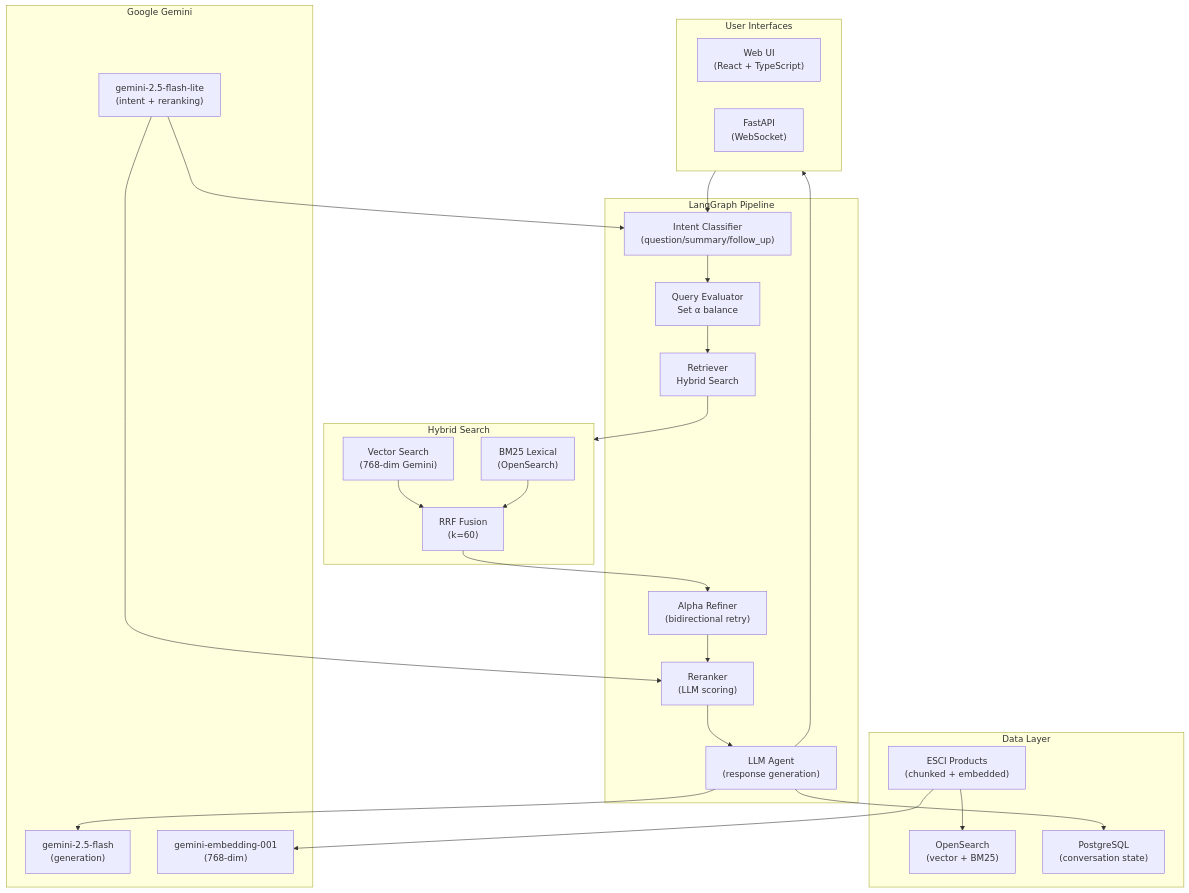
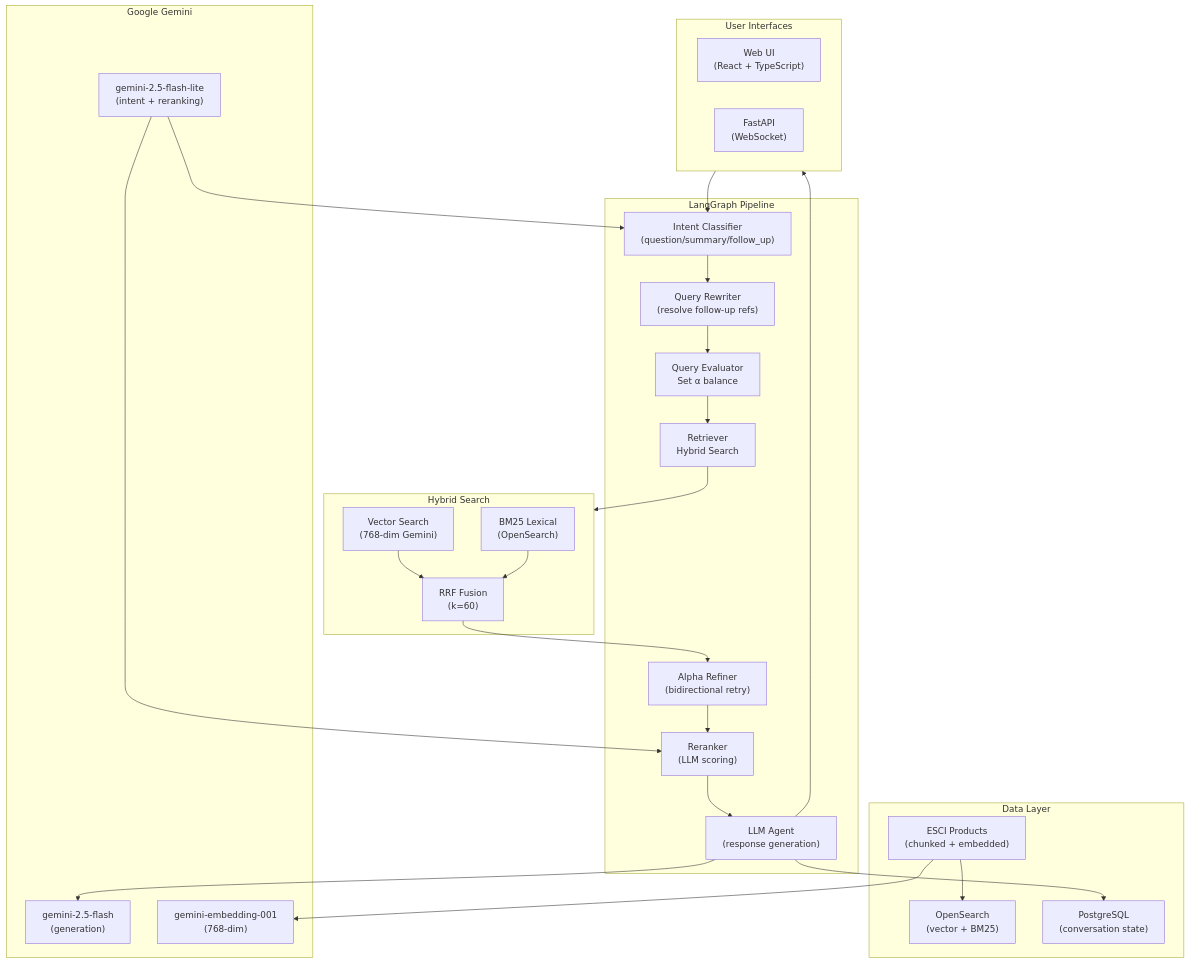
One commit to kmwtechnology/agentic-hybrid-search changed the diagram in README.md. Above: the diagram before and after it, drawn with Mermaid. The commit also changed other lines of this file and 2 other files, not shown here.

Commit message:
Update docs to reflect query rewriting, e-commerce alpha guide, and product citations

````diff
--- a/README.md
+++ b/README.md
@@ -46,51 +46,53 @@
 ```mermaid
 flowchart TB
     subgraph UI["User Interfaces"]
         WEB["Web UI<br/>(React + TypeScript)"]
         API["FastAPI<br/>(WebSocket)"]
     end
 
     subgraph Pipeline["LangGraph Pipeline"]
         IC["Intent Classifier<br/>(question/summary/follow_up)"]
+        QR["Query Rewriter<br/>(resolve follow-up refs)"]
         QE["Query Evaluator<br/>Set α balance"]
         RET["Retriever<br/>Hybrid Search"]
         REFINE["Alpha Refiner<br/>(bidirectional retry)"]
         RERANK["Reranker<br/>(LLM scoring)"]
         AGENT["LLM Agent<br/>(response generation)"]
     end
 
     subgraph Search["Hybrid Search"]
         VS["Vector Search<br/>(768-dim Gemini)"]
         BM25["BM25 Lexical<br/>(OpenSearch)"]
         RRF["RRF Fusion<br/>(k=60)"]
     end
 
     subgraph Storage["Data Layer"]
         PRODUCTS["ESCI Products<br/>(chunked + embedded)"]
         IDX["OpenSearch<br/>(vector + BM25)"]
         CHECKPOINTS["PostgreSQL<br/>(conversation state)"]
     end
 
     subgraph GoogleAI["Google Gemini"]
         LLM["gemini-2.5-flash<br/>(generation)"]
         CLASSIFIER["gemini-2.5-flash-lite<br/>(intent + reranking)"]
         EMB["gemini-embedding-001<br/>(768-dim)"]
     end
 
     UI --> IC
-    IC --> QE
+    IC --> QR
+    QR --> QE
     QE --> RET
     RET --> Search
     VS --> RRF
     BM25 --> RRF
     RRF --> REFINE
     REFINE --> RERANK
     RERANK --> AGENT
     AGENT --> LLM
     AGENT --> UI
     PRODUCTS --> IDX
     PRODUCTS --> EMB
     AGENT --> CHECKPOINTS
     CLASSIFIER --> IC
     CLASSIFIER --> RERANK
 ```
````
